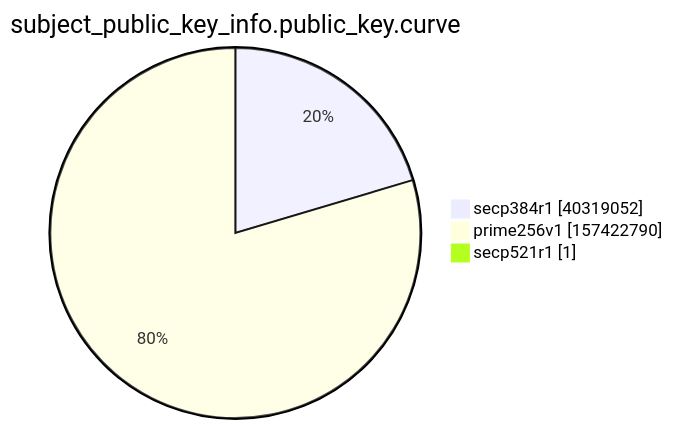
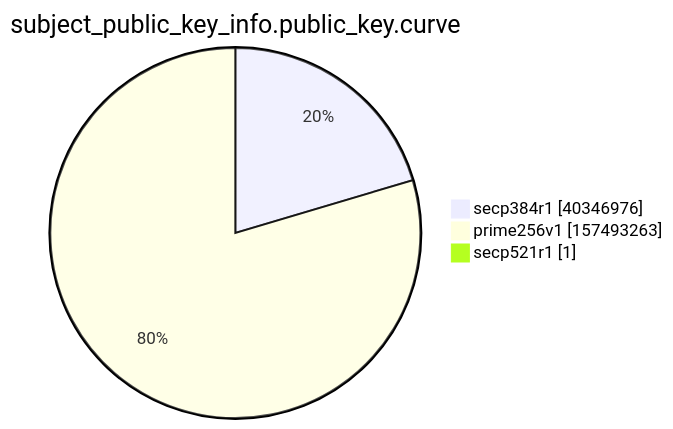
The ninth of 15 diagrams in xenon2022/README.md (christiankrug/ctmonitor_visualization), drawn with Mermaid before and after one commit. The commit also changed other lines of this file, not shown here.

````diff
--- a/xenon2022/README.md
+++ b/xenon2022/README.md
@@ -2866,7 +2866,7 @@
 ```mermaid
 pie showData
 title subject_public_key_info.public_key.curve
-"secp384r1" :40319052
-"prime256v1" :157422790
+"secp384r1" :40346976
+"prime256v1" :157493263
 "secp521r1" :1
 ```
````
